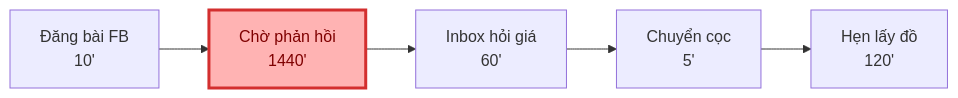
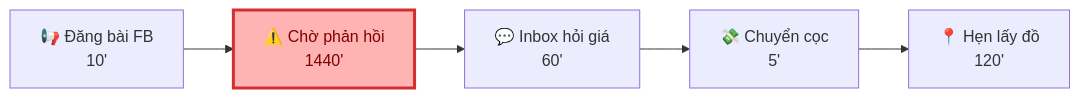
The first of 6 diagrams in 01-individual-problem-scan/01-individual-problem-scan.md (lequanneKMA/Day2-2A202600821-LeNguyenMinhQuan), drawn with Mermaid before and after one commit. The commit also changed other lines of this file and 3 other files, not shown here.

````diff
--- a/01-individual-problem-scan/01-individual-problem-scan.md
+++ b/01-individual-problem-scan/01-individual-problem-scan.md
@@ -186,10 +99,10 @@
 ```mermaid
 flowchart LR
-    A[" Đăng bài FB\n10'"]
-    --> B[" Chờ phản hồi\n1440'"]
-    --> C[" Inbox hỏi giá\n60'"]
-    --> D[" Chuyển cọc\n5'"]
-    --> E[" Hẹn lấy đồ\n120'"]
+    A["📢 Đăng bài FB\n10'"]
+    --> B["⚠️ Chờ phản hồi\n1440'"]
+    --> C["💬 Inbox hỏi giá\n60'"]
+    --> D["💸 Chuyển cọc\n5'"]
+    --> E["📍 Hẹn lấy đồ\n120'"]
 
     style B fill:#ffb3b3,stroke:#d32f2f,stroke-width:3px,color:#7f0000
 ```
````
